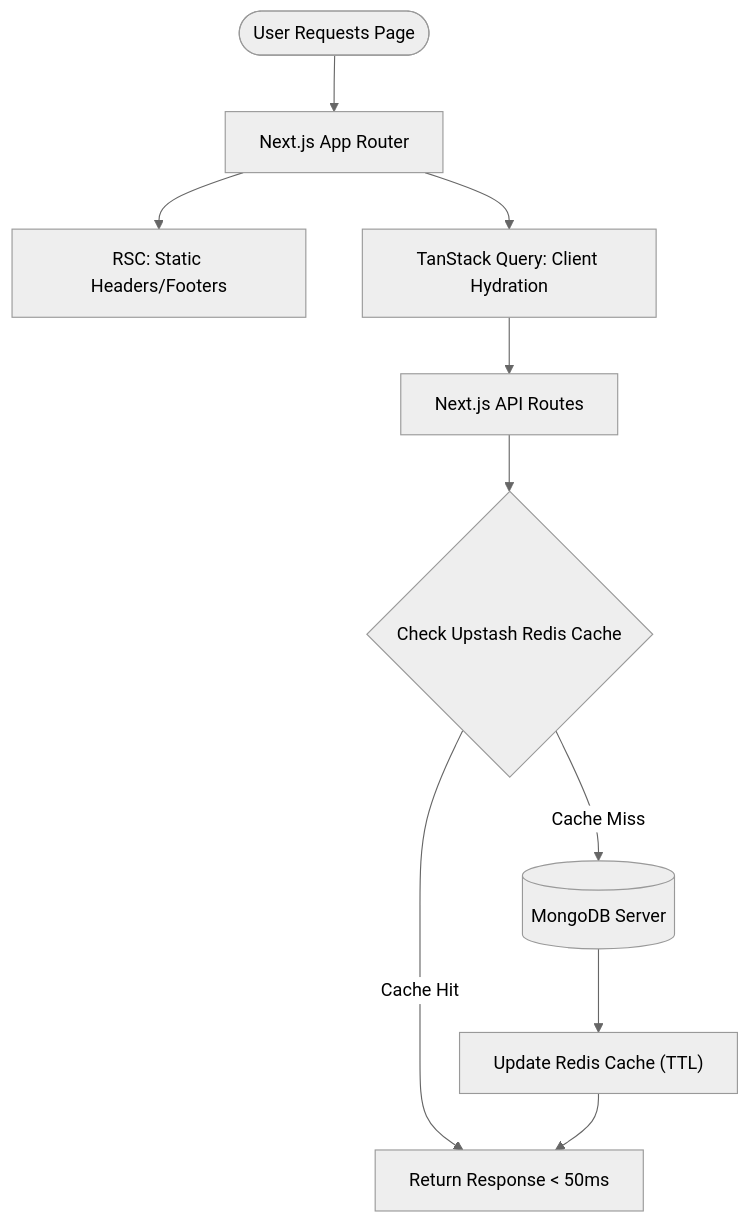
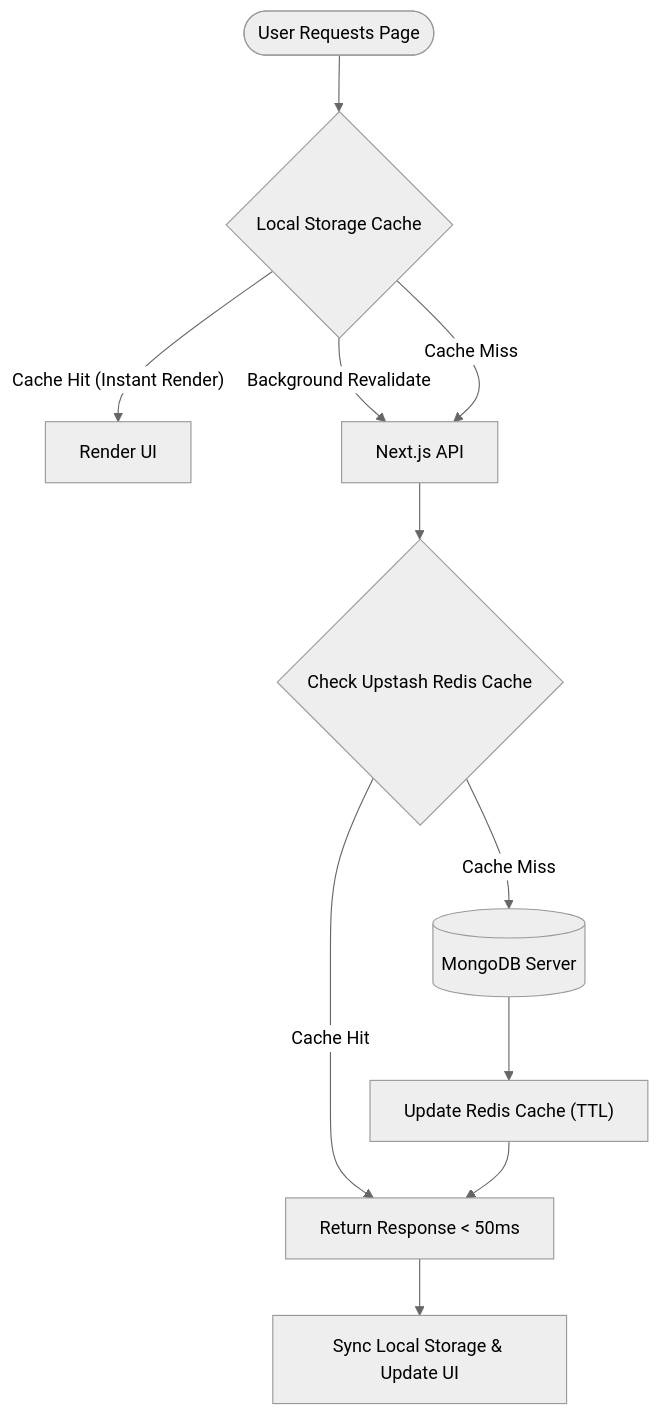
One commit to quydong1999/BangGiaPhuKienDienNuocMaiVinh changed the first of 2 diagrams in README.md. Above: the diagram before and after it, drawn with Mermaid (neutral theme). The commit also changed other lines of this file, not shown here.

````diff
--- a/README.md
+++ b/README.md
@@ -50,15 +53,16 @@
 ```mermaid
 graph TD
-    User([User Requests Page]) --> Router[Next.js App Router]
-    Router --> Layouts[RSC: Static Headers/Footers]
-    Router --> ClientFetch[TanStack Query: Client Hydration]
+    User([User Requests Page]) --> ClientCache{Local Storage Cache}
+    ClientCache -- Cache Hit (Instant Render) --> UI[Render UI]
+    ClientCache -- Background Revalidate --> Router[Next.js API]
+    ClientCache -- Cache Miss --> Router
     
-    ClientFetch --> API[Next.js API Routes]
-    API --> Redis{Check Upstash Redis Cache}
+    Router --> Redis{Check Upstash Redis Cache}
     
     Redis -- Cache Hit --> Return[Return Response < 50ms]
     Redis -- Cache Miss --> Mongo[(MongoDB Server)]
     
     Mongo --> Update["Update Redis Cache (TTL)"]
     Update --> Return
+    Return --> SyncClient[Sync Local Storage & Update UI]
 ```
````
